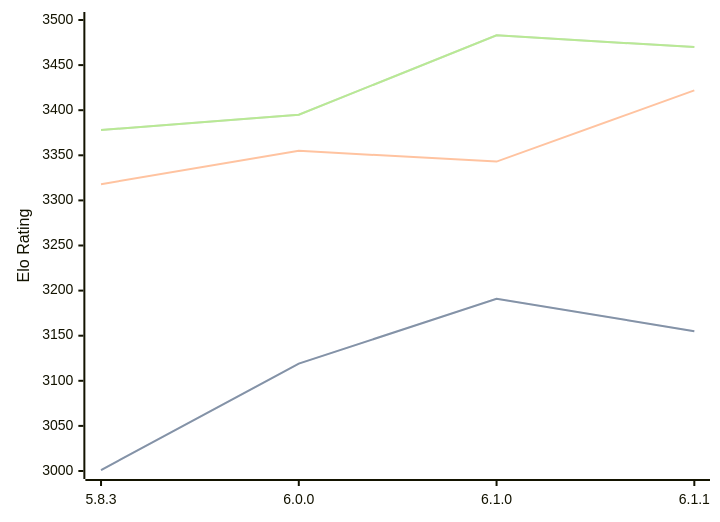
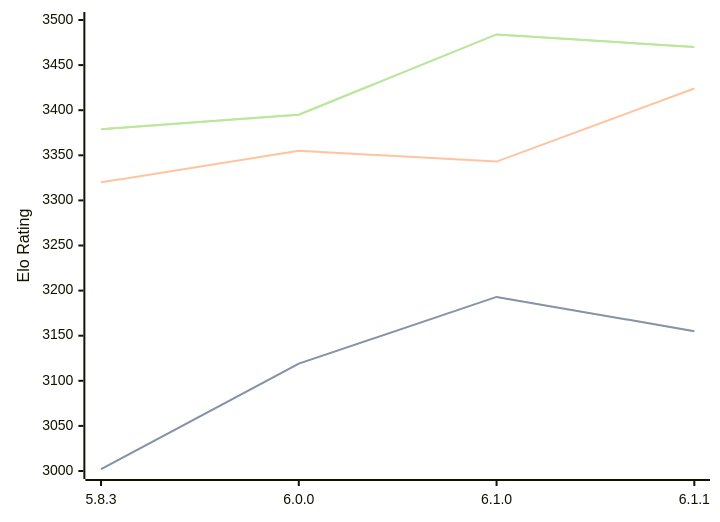
The diagram in engines/Zigqueen.md (computer-chess-index/cci), drawn with Mermaid before and after one commit. The commit also changed other lines of this file, not shown here.

Commit message:
Update CCI Ratings (ELO VLTC) - 2026-09-09

````diff
--- a/engines/Zigqueen.md
+++ b/engines/Zigqueen.md
@@ -37,11 +37,11 @@
 ```mermaid
 %%{init: {"theme":"base","themeVariables":{"seriesColors:['#a3a3a3','#222221','#faa371']}}}%%
 xychart-beta
   x-axis ["5.8.3", "6.0.0", "6.1.0", "6.1.1"]
   y-axis "Elo Rating" 3000 --> 3500
-  line "" [3001, 3119, 3191, 3155]
-  line "STC (8.0+0.08s)" [3001, 3119, 3191, 3155]
-  line "LTC (60.0+0.60s)" [3318, 3355, 3343, 3422]
-  line "" [3378, 3395, 3483, 3470]
-  line "VLTC (2m24s+1.12s)" [3378, 3395, 3483, 3470]
+  line "" [3002, 3119, 3193, 3155]
+  line "STC (8.0+0.08s)" [3002, 3119, 3193, 3155]
+  line "LTC (60.0+0.60s)" [3320, 3355, 3343, 3424]
+  line "" [3379, 3395, 3484, 3470]
+  line "VLTC (2m24s+1.12s)" [3379, 3395, 3484, 3470]
 ```
````
